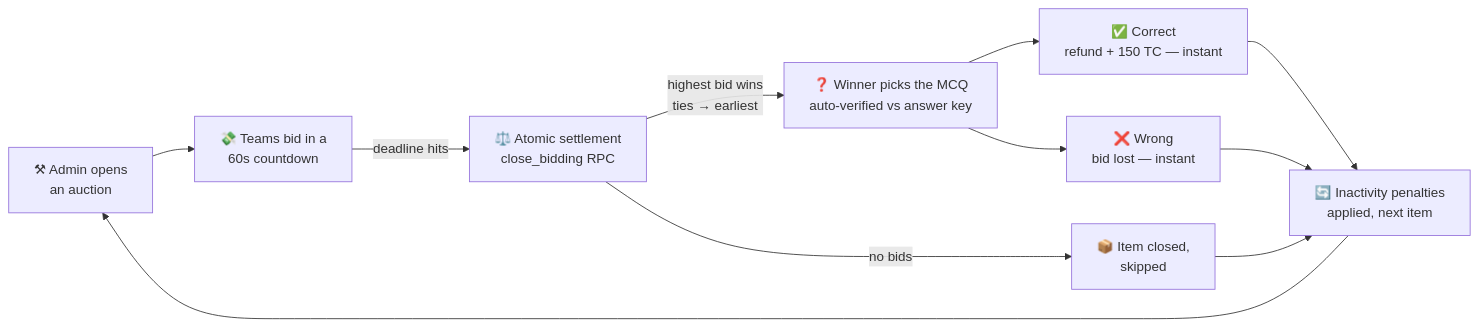
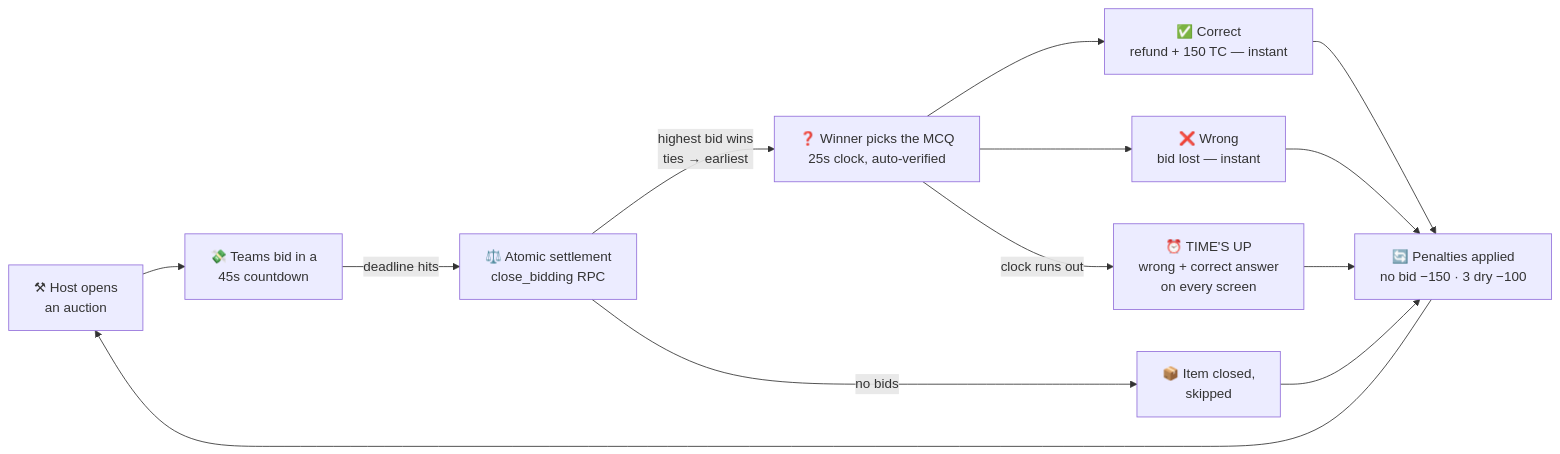
Before and after one commit to inferno4670/Tech-Auction: the first of 3 diagrams in README.md, drawn with Mermaid. The commit also changed other lines of this file and 17 other files, not shown here.

````diff
--- a/README.md
+++ b/README.md
@@ -47,13 +55,15 @@
 ```mermaid
 flowchart LR
-    A[⚒ Admin opens<br/>an auction] --> B[💸 Teams bid in a<br/>60s countdown]
+    A[⚒ Host opens<br/>an auction] --> B[💸 Teams bid in a<br/>45s countdown]
     B -->|deadline hits| C[⚖️ Atomic settlement<br/>close_bidding RPC]
-    C -->|highest bid wins<br/>ties → earliest| D[❓ Winner picks the MCQ<br/>auto-verified vs answer key]
+    C -->|highest bid wins<br/>ties → earliest| D[❓ Winner picks the MCQ<br/>25s clock, auto-verified]
     C -->|no bids| H[📦 Item closed,<br/>skipped]
     D --> E[✅ Correct<br/>refund + 150 TC — instant]
     D --> F[❌ Wrong<br/>bid lost — instant]
-    E --> G[🔄 Inactivity penalties<br/>applied, next item]
+    D -->|clock runs out| I[⏰ TIME'S UP<br/>wrong + correct answer<br/>on every screen]
+    E --> G[🔄 Penalties applied<br/>no bid −150 · 3 dry −100]
     F --> G
+    I --> G
     H --> G
     G --> A
 ```
````
